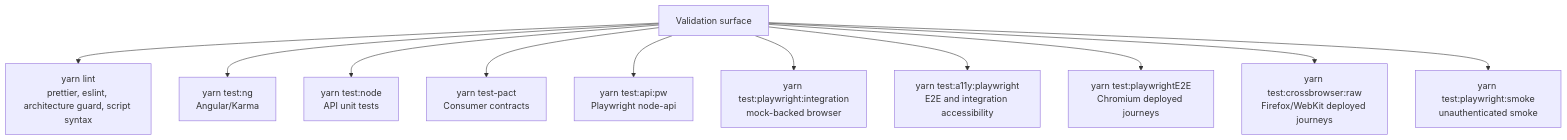
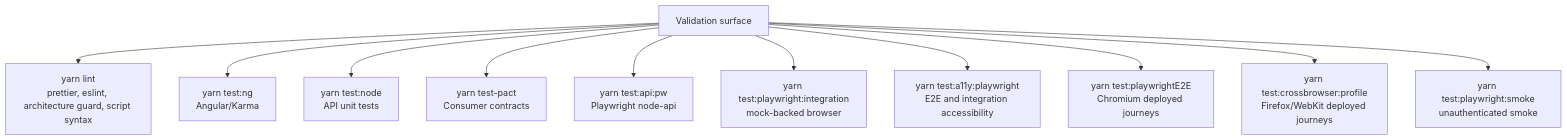
The fourth of 8 diagrams in README.md (hmcts/rpx-xui-manage-organisations), drawn with Mermaid before and after one commit. The commit also changed other lines of this file and 4 other files, not shown here.

````diff
--- a/README.md
+++ b/README.md
@@ -151,25 +151,25 @@
 ```mermaid
 flowchart TB
   Tests["Validation surface"]
   Lint["yarn lint\nprettier, eslint, architecture guard, script syntax"]
   Ng["yarn test:ng\nAngular/Karma"]
   Node["yarn test:node\nAPI unit tests"]
   Pact["yarn test-pact\nConsumer contracts"]
   PwApi["yarn test:api:pw\nPlaywright node-api"]
   PwIntegration["yarn test:playwright:integration\nmock-backed browser"]
   PwA11y["yarn test:a11y:playwright\nE2E and integration accessibility"]
   PwE2E["yarn test:playwrightE2E\nChromium deployed journeys"]
-  PwCross["yarn test:crossbrowser:raw\nFirefox/WebKit deployed journeys"]
+  PwCross["yarn test:crossbrowser:profile\nFirefox/WebKit deployed journeys"]
   Smoke["yarn test:playwright:smoke\nunauthenticated smoke"]
 
   Tests --> Lint
   Tests --> Ng
   Tests --> Node
   Tests --> Pact
   Tests --> PwApi
   Tests --> PwIntegration
   Tests --> PwA11y
   Tests --> PwE2E
   Tests --> PwCross
   Tests --> Smoke
 ```
````
